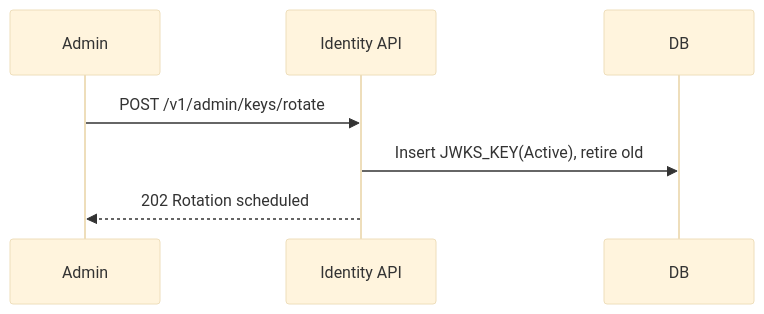
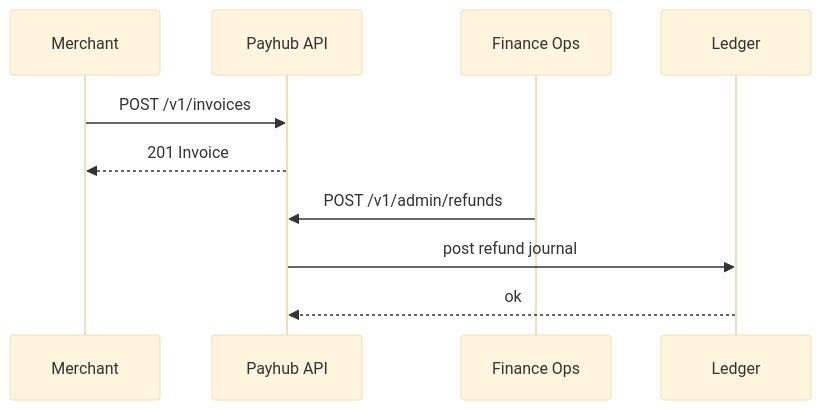
The seventh of 7 diagrams in SystemDesign.md (bkkac/tg-miniapp-payhub-service), drawn with Mermaid (base theme) before and after one commit. The commit also changed other lines of this file, not shown here.

````diff
--- a/SystemDesign.md
+++ b/SystemDesign.md
@@ -1096,9 +1044,12 @@
 ```mermaid
 sequenceDiagram
-  participant ADM as Admin
-  participant API as Identity API
-  participant DB as DB
-  ADM->>API: POST /v1/admin/keys/rotate
-  API->>DB: Insert JWKS_KEY(Active), retire old
-  API-->>ADM: 202 Rotation scheduled
+  participant M as Merchant
+  participant PH as Payhub API
+  participant F as Finance Ops
+  participant DB as Ledger
+  M->>PH: POST /v1/invoices
+  PH-->>M: 201 Invoice
+  F->>PH: POST /v1/admin/refunds
+  PH->>DB: post refund journal
+  DB-->>PH: ok
 ```
````
